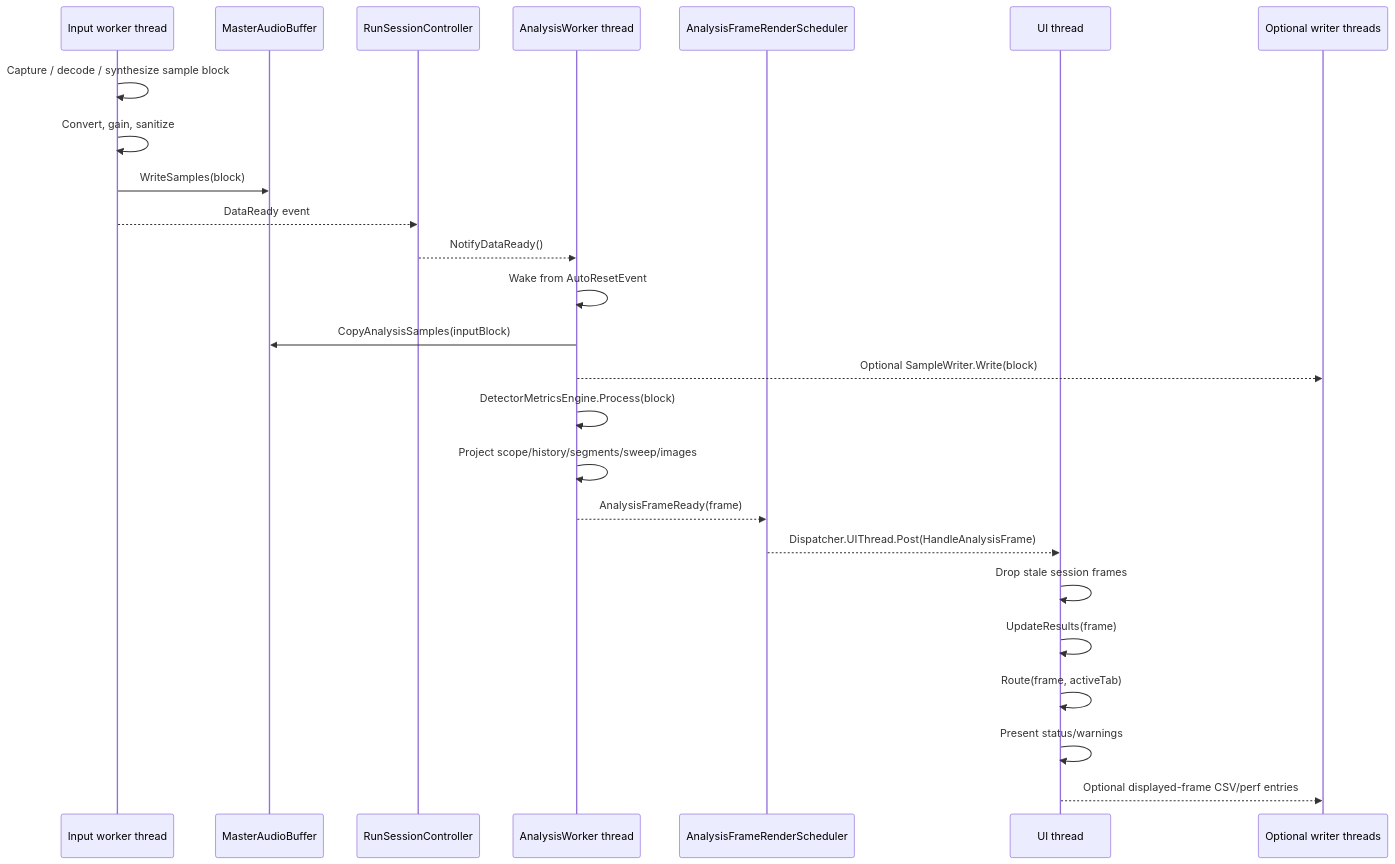
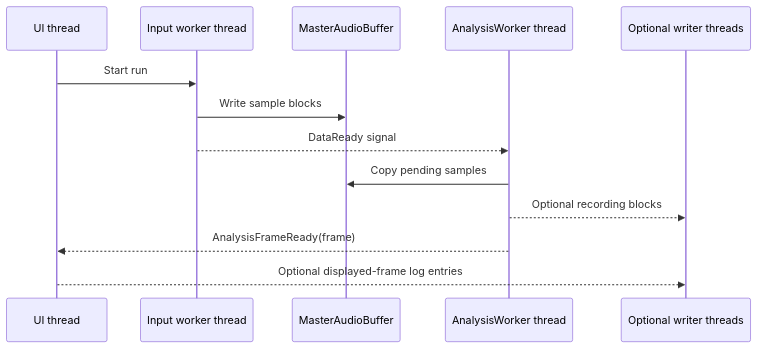
The second of 2 diagrams in docs/for-ai/THREAD_DATA_FLOW_VIEW.md (Jae-hong-5/TimeGrapher-Net), drawn with Mermaid before and after one commit. The commit also changed other lines of this file, not shown here.

First line of the commit message:
docs(for-ai): simplify thread data flow diagram

````diff
--- a/docs/for-ai/THREAD_DATA_FLOW_VIEW.md
+++ b/docs/for-ai/THREAD_DATA_FLOW_VIEW.md
@@ -86,28 +26,16 @@
 ```mermaid
 sequenceDiagram
+    participant U as UI thread
     participant I as Input worker thread
     participant B as MasterAudioBuffer
-    participant C as RunSessionController
     participant A as AnalysisWorker thread
-    participant S as AnalysisFrameRenderScheduler
-    participant U as UI thread
     participant W as Optional writer threads
 
-    I->>I: Capture / decode / synthesize sample block
-    I->>I: Convert, gain, sanitize
-    I->>B: WriteSamples(block)
-    I-->>C: DataReady event
-    C-->>A: NotifyDataReady()
-    A->>A: Wake from AutoResetEvent
-    A->>B: CopyAnalysisSamples(inputBlock)
-    A-->>W: Optional SampleWriter.Write(block)
-    A->>A: DetectorMetricsEngine.Process(block)
-    A->>A: Project scope/history/segments/sweep/images
-    A-->>S: AnalysisFrameReady(frame)
-    S-->>U: Dispatcher.UIThread.Post(HandleAnalysisFrame)
-    U->>U: Drop stale session frames
-    U->>U: UpdateResults(frame)
-    U->>U: Route(frame, activeTab)
-    U->>U: Present status/warnings
-    U-->>W: Optional displayed-frame CSV/perf entries
+    U->>I: Start run
+    I->>B: Write sample blocks
+    I-->>A: DataReady signal
+    A->>B: Copy pending samples
+    A-->>W: Optional recording blocks
+    A-->>U: AnalysisFrameReady(frame)
+    U-->>W: Optional displayed-frame log entries
 ```
````
